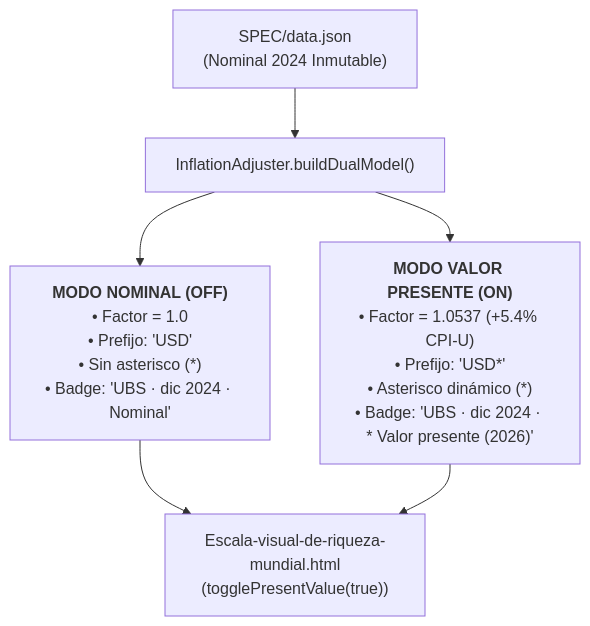
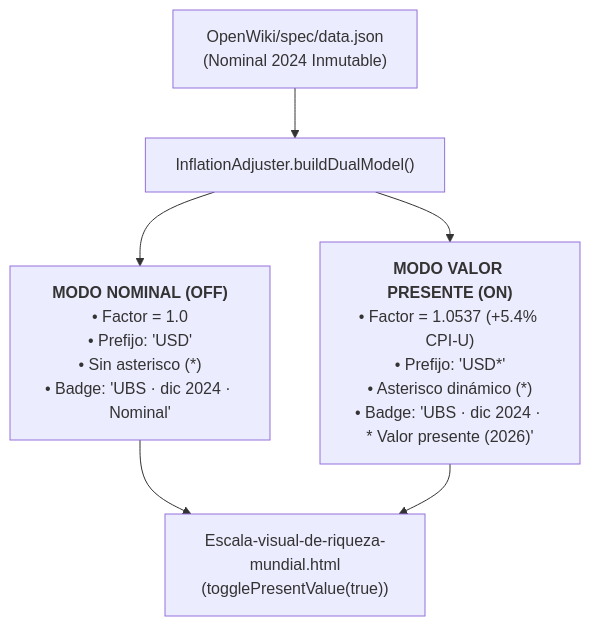
One commit to willkwolf/global-inequality-21Century changed the diagram in OpenWiki/24_TOGGLE_VALOR_PRESENTE_Y_NORMALIZACION_INFLACIONARIA.md. Above: the diagram before and after it, drawn with Mermaid. The commit also changed 57 other files, not shown here.

Commit message:
refactor(cleanup): remove legacy SPEC/ and .kiro/, archive specs in OpenWiki, and update workflows

````diff
--- a/OpenWiki/24_TOGGLE_VALOR_PRESENTE_Y_NORMALIZACION_INFLACIONARIA.md
+++ b/OpenWiki/24_TOGGLE_VALOR_PRESENTE_Y_NORMALIZACION_INFLACIONARIA.md
@@ -19,8 +19,8 @@
 ```mermaid
 graph TD
-    A["SPEC/data.json<br>(Nominal 2024 Inmutable)"] --> B["InflationAdjuster.buildDualModel()"]
+    A["OpenWiki/spec/data.json<br>(Nominal 2024 Inmutable)"] --> B["InflationAdjuster.buildDualModel()"]
     B --> C1["<b>MODO NOMINAL (OFF)</b><br>• Factor = 1.0<br>• Prefijo: 'USD'<br>• Sin asterisco (*)<br>• Badge: 'UBS · dic 2024 · Nominal'"]
     B --> C2["<b>MODO VALOR PRESENTE (ON)</b><br>• Factor = 1.0537 (+5.4% CPI-U)<br>• Prefijo: 'USD*'<br>• Asterisco dinámico (*)<br>• Badge: 'UBS · dic 2024 · * Valor presente (2026)'"]
     C1 --> D["Escala-visual-de-riqueza-mundial.html<br>(togglePresentValue(false))"]
     C2 --> D["Escala-visual-de-riqueza-mundial.html<br>(togglePresentValue(true))"]
 ```
````
